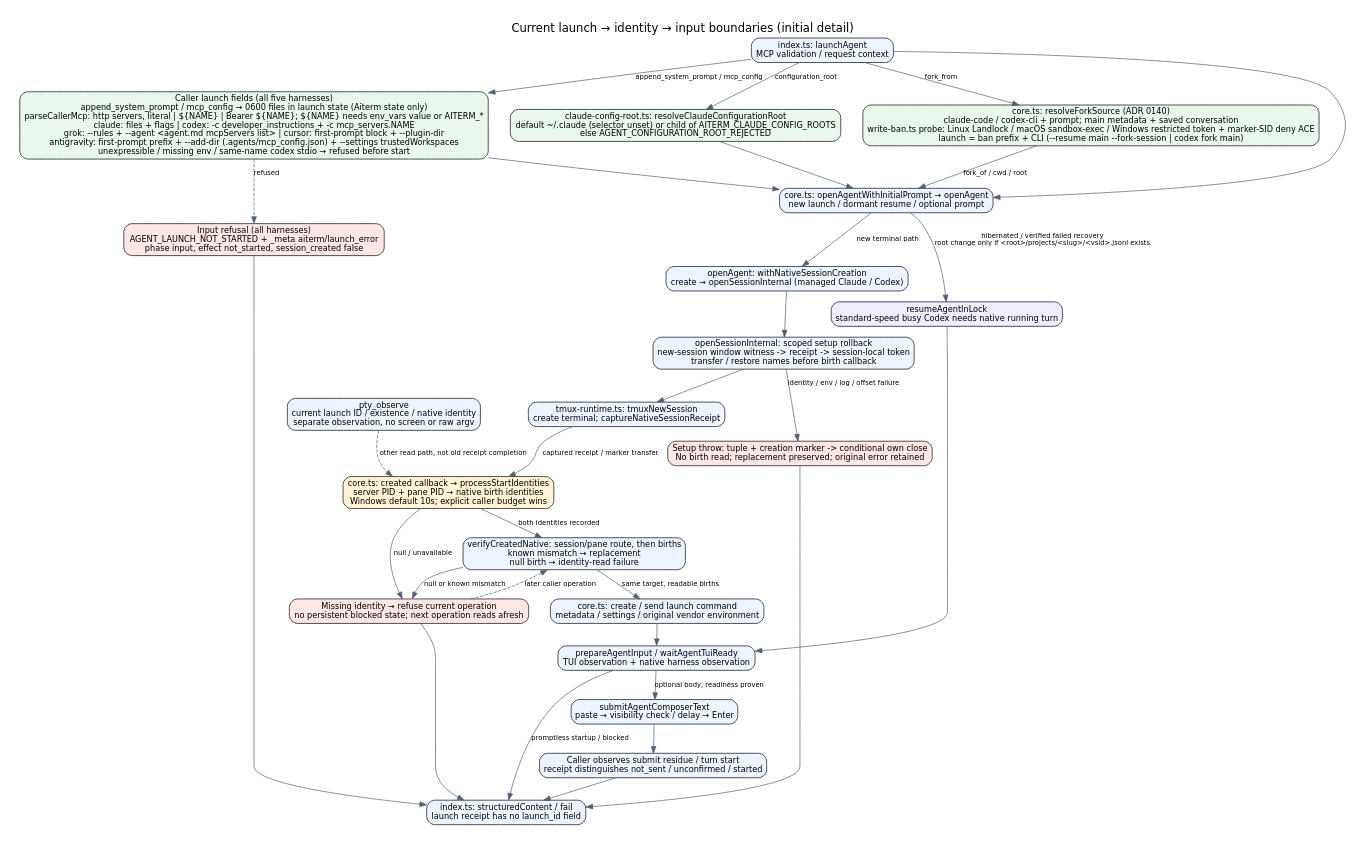
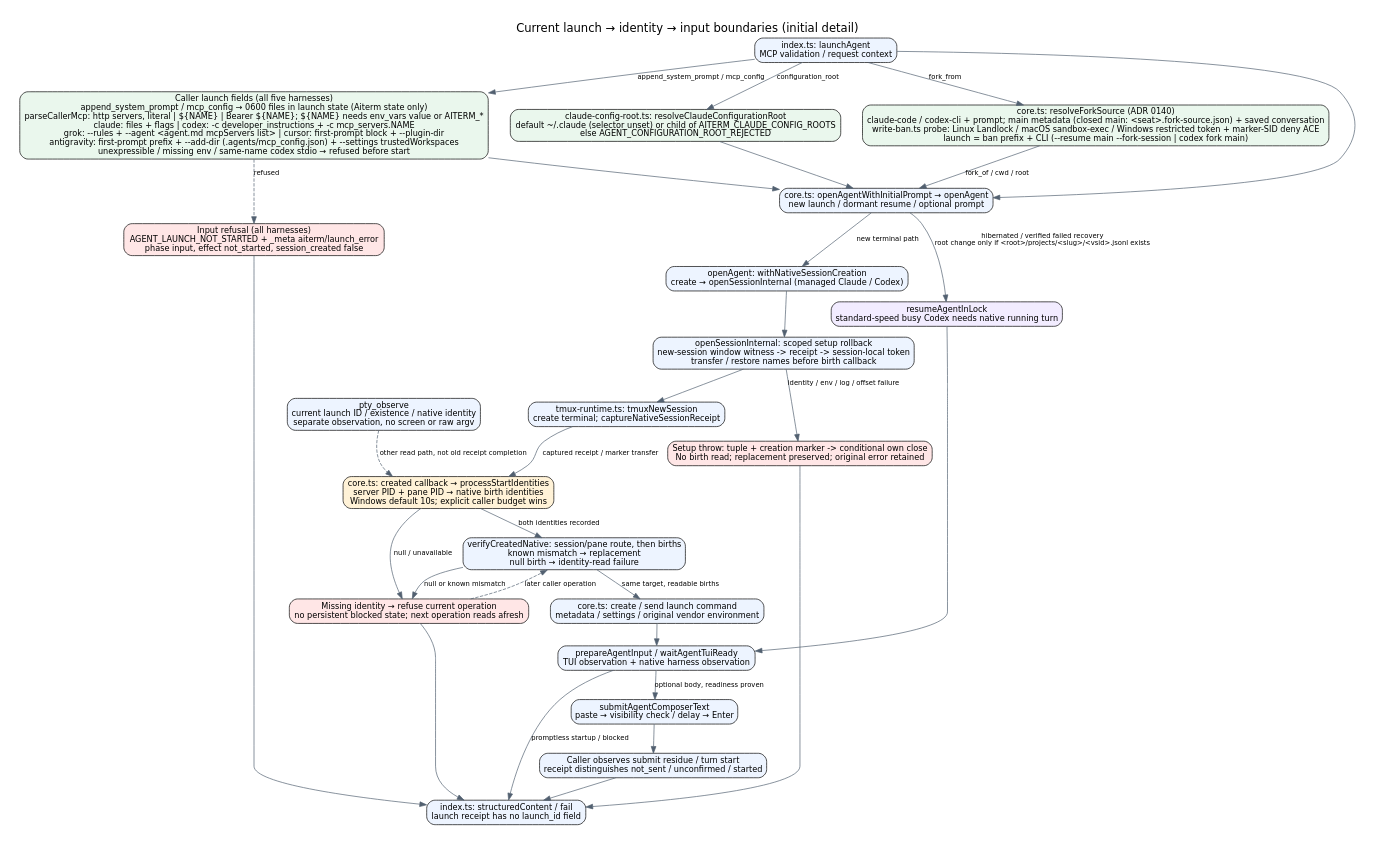
The diagram in docs/architecture/launch-identity-input.dot (kitepon/aiterm-mcp), drawn with Graphviz before and after one commit. The commit also changed 8 other files, not shown here.

Commit message:
Fork a closed main from the conversation its close saved; code every agent_launch refusal

```diff
--- a/docs/architecture/launch-identity-input.dot
+++ b/docs/architecture/launch-identity-input.dot
@@ -1,38 +1,38 @@
 digraph launch {
  graph [rankdir=TB,bgcolor="white",pad=0.3,nodesep=0.45,ranksep=0.45,label="Current launch → identity → input boundaries (initial detail)",labelloc=t,fontname="DejaVu Sans",fontsize=17];
  node [shape=box,style="rounded,filled",fillcolor="#edf4ff",fontname="DejaVu Sans",fontsize=12];
  edge [fontname="DejaVu Sans",fontsize=10,color="#526070"];
  request [label="index.ts: launchAgent\nMCP validation / request context"];
  root [label="claude-config-root.ts: resolveClaudeConfigurationRoot\ndefault ~/.claude (selector unset) or child of AITERM_CLAUDE_CONFIG_ROOTS\nelse AGENT_CONFIGURATION_ROOT_REJECTED",fillcolor="#eaf7ed"];
- fork [label="core.ts: resolveForkSource (ADR 0140)\nclaude-code / codex-cli + prompt; main metadata + saved conversation\nwrite-ban.ts probe: Linux Landlock / macOS sandbox-exec / Windows restricted token + marker-SID deny ACE\nlaunch = ban prefix + CLI (--resume main --fork-session | codex fork main)",fillcolor="#eaf7ed"];
+ fork [label="core.ts: resolveForkSource (ADR 0140)\nclaude-code / codex-cli + prompt; main metadata (closed main: <seat>.fork-source.json) + saved conversation\nwrite-ban.ts probe: Linux Landlock / macOS sandbox-exec / Windows restricted token + marker-SID deny ACE\nlaunch = ban prefix + CLI (--resume main --fork-session | codex fork main)",fillcolor="#eaf7ed"];
  caller [label="Caller launch fields (all five harnesses)\nappend_system_prompt / mcp_config → 0600 files in launch state (Aiterm state only)\nparseCallerMcp: http servers, literal | ${NAME} | Bearer ${NAME}; ${NAME} needs env_vars value or AITERM_*\nclaude: files + flags | codex: -c developer_instructions + -c mcp_servers.NAME\ngrok: --rules + --agent <agent.md mcpServers list> | cursor: first-prompt block + --plugin-dir\nantigravity: first-prompt prefix + --add-dir (.agents/mcp_config.json) + --settings trustedWorkspaces\nunexpressible / missing env / same-name codex stdio → refused before start",fillcolor="#eaf7ed"];
  inputref [label="Input refusal (all harnesses)\nAGENT_LAUNCH_NOT_STARTED + _meta aiterm/launch_error\nphase input, effect not_started, session_created false",fillcolor="#ffe6e6"];
  entry [label="core.ts: openAgentWithInitialPrompt → openAgent\nnew launch / dormant resume / optional prompt"];
  create [label="openAgent: withNativeSessionCreation\ncreate → openSessionInternal (managed Claude / Codex)"];
  mux [label="tmux-runtime.ts: tmuxNewSession\ncreate terminal; captureNativeSessionReceipt"];
  identity [label="core.ts: created callback → processStartIdentities\nserver PID + pane PID → native birth identities\nWindows default 10s; explicit caller budget wins",fillcolor="#fff2d7"];
  verify [label="verifyCreatedNative: session/pane route, then births\nknown mismatch → replacement\nnull birth → identity-read failure"];
  fail [label="Missing identity → refuse current operation\nno persistent blocked state; next operation reads afresh",fillcolor="#ffe6e6"];
  launch [label="core.ts: create / send launch command\nmetadata / settings / original vendor environment"];
  ready [label="prepareAgentInput / waitAgentTuiReady\nTUI observation + native harness observation"];
  resume [label="resumeAgentInLock\nstandard-speed busy Codex needs native running turn",fillcolor="#f2ecff"];
  input [label="submitAgentComposerText\npaste → visibility check / delay → Enter"];
  after [label="Caller observes submit residue / turn start\nreceipt distinguishes not_sent / unconfirmed / started"];
  receipt [label="index.ts: structuredContent / fail\nlaunch receipt has no launch_id field"];
  observe [label="pty_observe\ncurrent launch ID / existence / native identity\nseparate observation, no screen or raw argv"];
  request -> caller [label="append_system_prompt / mcp_config"];caller -> entry;caller -> inputref [label="refused",style=dashed];inputref -> receipt;request -> root [label="configuration_root"];root -> entry;request -> entry;request -> fork [label="fork_from"];fork -> entry [label="fork_of / cwd / root"];entry -> create [label="new terminal path"];entry -> resume [label="hibernated / verified failed recovery\nroot change only if <root>/projects/<slug>/<vsid>.jsonl exists"];
  setup [label="openSessionInternal: scoped setup rollback\nnew-session window witness -> receipt -> session-local token\ntransfer / restore names before birth callback"];
  rollback_setup [label="Setup throw: tuple + creation marker -> conditional own close\nNo birth read; replacement preserved; original error retained",fillcolor="#ffe6e6"];
  create -> setup;setup -> mux;mux -> identity [label="captured receipt / marker transfer"];
  setup -> rollback_setup [label="identity / env / log / offset failure"];
  rollback_setup -> receipt;
  identity -> fail [label="null / unavailable"];fail -> receipt;
  identity -> verify [label="both identities recorded"];
  verify -> launch [label="same target, readable births"];
  verify -> fail [label="null or known mismatch"];
  fail -> verify [label="later caller operation",style=dashed];
  launch -> ready;resume -> ready;ready -> input [label="optional body, readiness proven"];
  ready -> receipt [label="promptless startup / blocked"];
  input -> after;after -> receipt;
  observe -> identity [label="other read path, not old receipt completion",style=dashed];
 }
```
